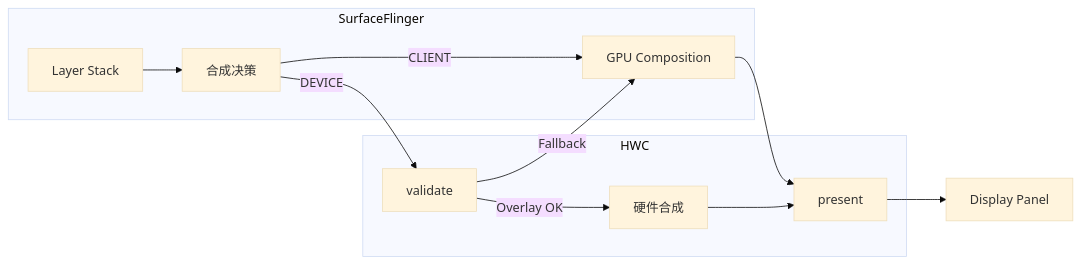
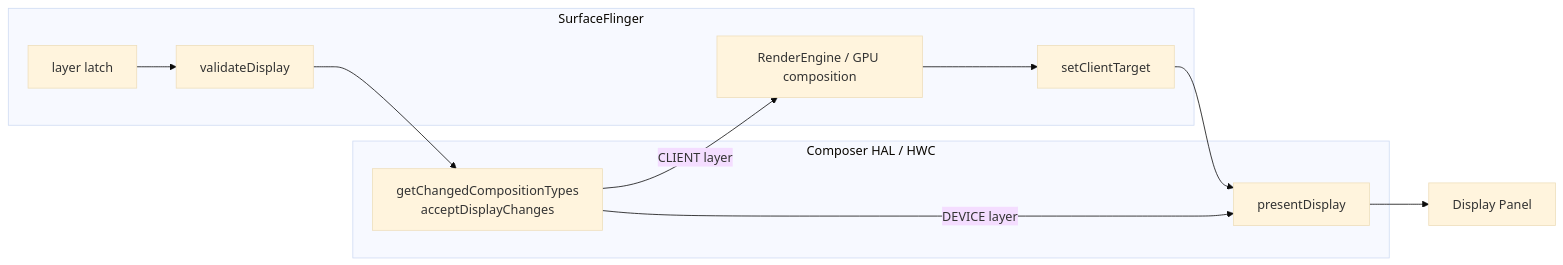
The first of 2 diagrams in src/part2-performance/ch18-rendering-pipelines/15-video-overlay-hwc.md (Gracker/android-internals-wiki), drawn with Mermaid (base theme) before and after one commit. The commit also changed other lines of this file and 2 other files, not shown here.

Commit message:
[openclaw] rework: 18.15 视频叠加与 HWC — review 回炉修复

````diff
--- a/src/part2-performance/ch18-rendering-pipelines/15-video-overlay-hwc.md
+++ b/src/part2-performance/ch18-rendering-pipelines/15-video-overlay-hwc.md
@@ -46,25 +47,24 @@
 ```mermaid
 graph LR
     subgraph "SurfaceFlinger"
-        Layers[Layer Stack]
-        Decision[合成决策]
-        GPU[GPU Composition]
+        Latch[layer latch]
+        V[validateDisplay]
+        GPU[RenderEngine / GPU composition]
+        CT[setClientTarget]
     end
-    
-    subgraph "HWC"
-        Validate[validate]
-        HWCComp[硬件合成]
-        Present[present]
+
+    subgraph "Composer HAL / HWC"
+        Change[getChangedCompositionTypes<br/>acceptDisplayChanges]
+        P[presentDisplay]
     end
-    
+
     Display[Display Panel]
-    
-    Layers --> Decision
-    Decision -->|CLIENT| GPU
-    Decision -->|DEVICE| Validate
-    Validate -->|Overlay OK| HWCComp
-    Validate -->|Fallback| GPU
-    GPU --> Present
-    HWCComp --> Present
-    Present --> Display
+
+    Latch --> V
+    V --> Change
+    Change -->|CLIENT layer| GPU
+    GPU --> CT
+    CT --> P
+    Change -->|DEVICE layer| P
+    P --> Display
 ```
````
